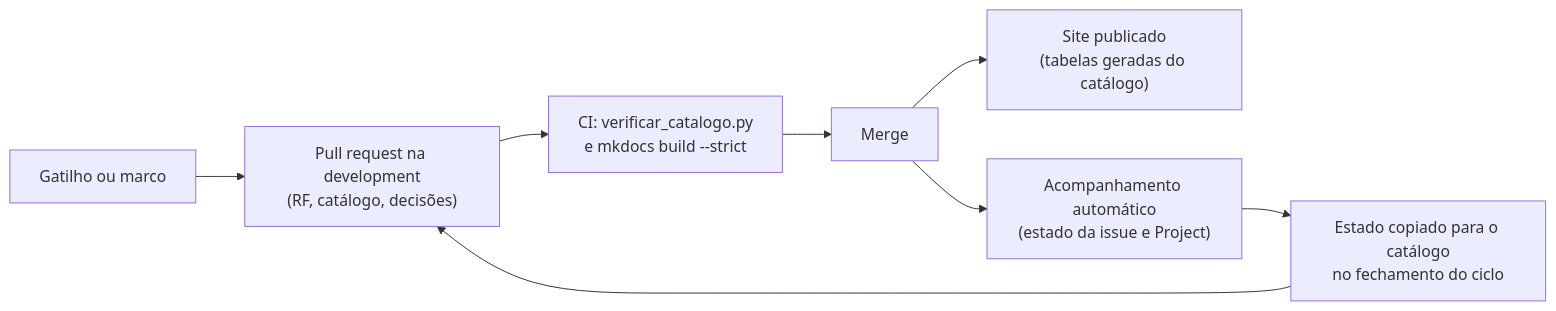
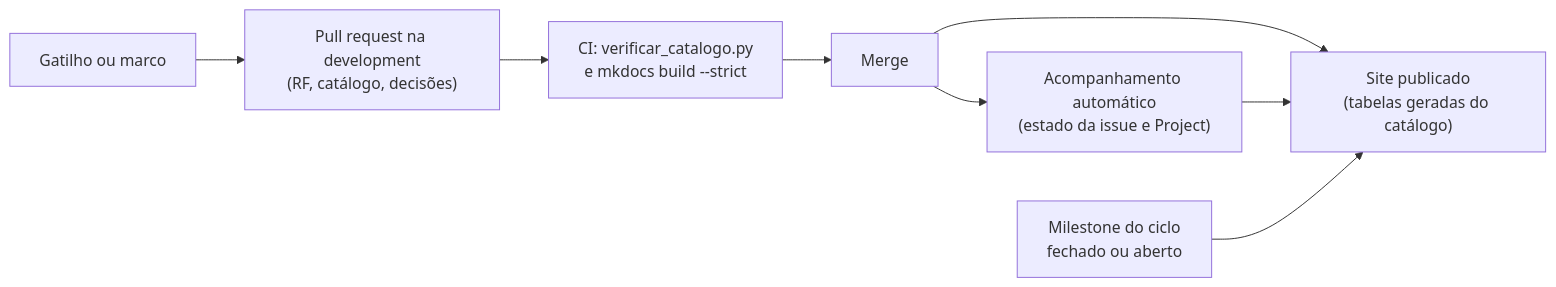
Before and after one commit to mdsreq-fga-unb/REQ-2026.2-T02-ClinicaEscolaFBr: the second of 2 diagrams in documentacao/docs/visao-geral/organizacao-e-atualizacao.md, drawn with Mermaid. The commit also changed other lines of this file and 4 other files, not shown here.

Commit message:
ci: o site lê o estado das features e dos ciclos do GitHub a cada publicação

````diff
--- a/documentacao/docs/visao-geral/organizacao-e-atualizacao.md
+++ b/documentacao/docs/visao-geral/organizacao-e-atualizacao.md
@@ -174,10 +174,10 @@
 ```mermaid
 flowchart LR
     G["Gatilho ou marco"] --> PR["Pull request na development<br/>(RF, catálogo, decisões)"]
     PR --> CI["CI: verificar_catalogo.py<br/>e mkdocs build --strict"]
     CI --> M["Merge"]
     M --> SITE["Site publicado<br/>(tabelas geradas do catálogo)"]
     M --> BOT["Acompanhamento automático<br/>(estado da issue e Project)"]
-    BOT --> CAT["Estado copiado para o catálogo<br/>no fechamento do ciclo"]
-    CAT --> PR
+    BOT --> SITE
+    MS["Milestone do ciclo<br/>fechado ou aberto"] --> SITE
 ```
````
